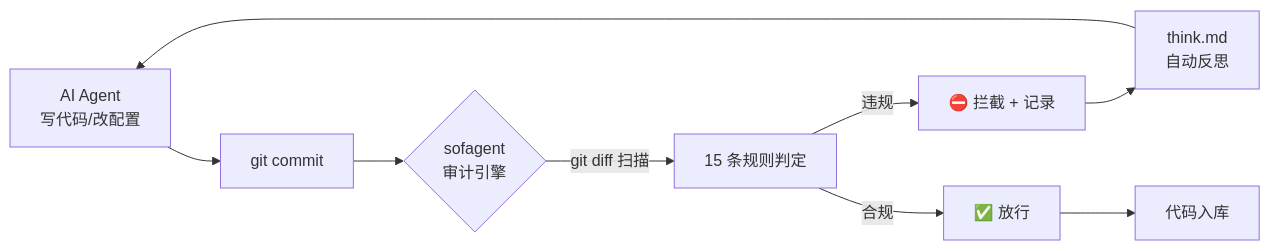
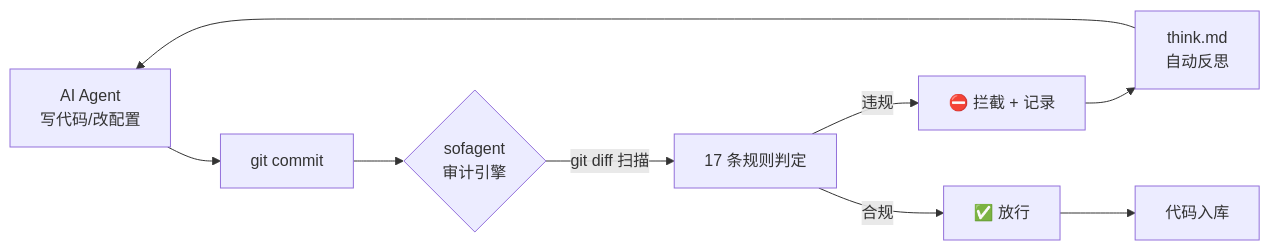
One commit to KongFangXun/sofagent changed the second of 2 diagrams in README.md. Above: the diagram before and after it, drawn with Mermaid. The commit also changed other lines of this file and 10 other files, not shown here.

````diff
--- a/README.md
+++ b/README.md
@@ -58,11 +75,11 @@
 ```mermaid
 graph LR
     A[AI Agent<br/>写代码/改配置] --> B[git commit]
     B --> C{sofagent<br/>审计引擎}
-    C -->|git diff 扫描| D[15 条规则判定]
+    C -->|git diff 扫描| D[17 条规则判定]
     D -->|违规| E[⛔ 拦截 + 记录]
     D -->|合规| F[✅ 放行]
     E --> G[think.md<br/>自动反思]
     F --> H[代码入库]
     G --> A
 ```
````
